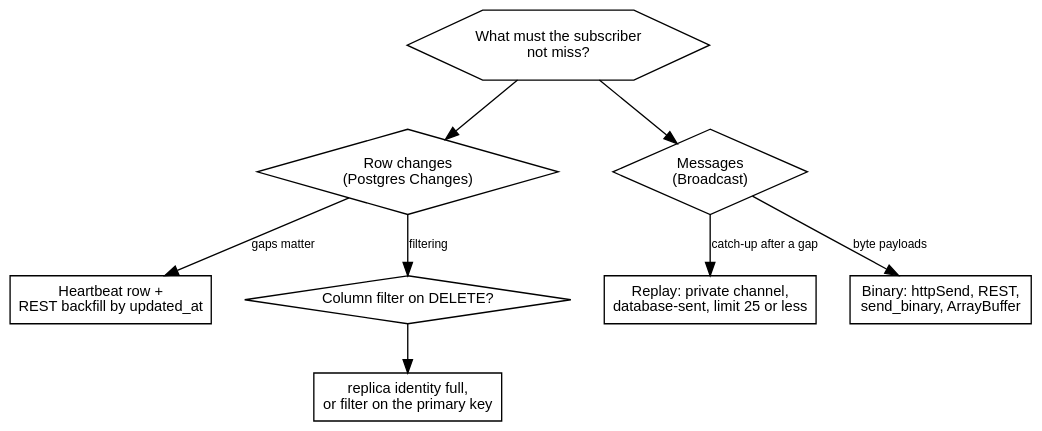
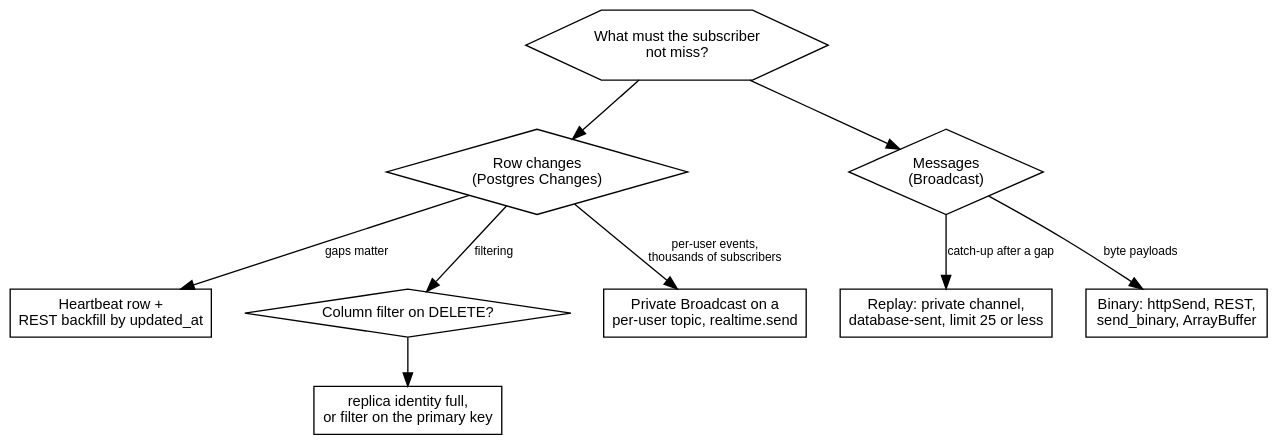
Before and after one commit to erfianugrah/lexicanum: the diagram in src/content/docs/reference/supabase-realtime-surface.mdx, drawn with Graphviz. The commit also changed other lines of this file and 10 other files, not shown here.

````diff
--- a/src/content/docs/reference/supabase-realtime-surface.mdx
+++ b/src/content/docs/reference/supabase-realtime-surface.mdx
@@ -347,25 +455,28 @@
 ```dot
 digraph {
   rankdir=TB; bgcolor="transparent"; nodesep=0.35; ranksep=0.5;
   fontname="Helvetica,Arial,sans-serif";
   node [fontname="Helvetica,Arial,sans-serif", fontsize=11, shape=box];
   edge [fontname="Helvetica,Arial,sans-serif", fontsize=9];
 
   root [label="What must the subscriber\nnot miss?", shape=hexagon];
   chg  [label="Row changes\n(Postgres Changes)", shape=diamond];
   bc   [label="Messages\n(Broadcast)", shape=diamond];
   root -> chg; root -> bc;
 
   canary [label="Heartbeat row +\nREST backfill by updated_at"];
   del    [label="Column filter on DELETE?", shape=diamond];
   full   [label="replica identity full,\nor filter on the primary key"];
   chg -> canary [label="gaps matter"];
   chg -> del    [label="filtering"];
   del -> full;
 
+  peruser [label="Private Broadcast on a\nper-user topic, realtime.send"];
+  chg -> peruser [label="per-user events,\nthousands of subscribers"];
+
   replay [label="Replay: private channel,\ndatabase-sent, limit 25 or less"];
   bin    [label="Binary: httpSend, REST,\nsend_binary, ArrayBuffer"];
   bc -> replay [label="catch-up after a gap"];
   bc -> bin    [label="byte payloads"];
 }
 ```
````
